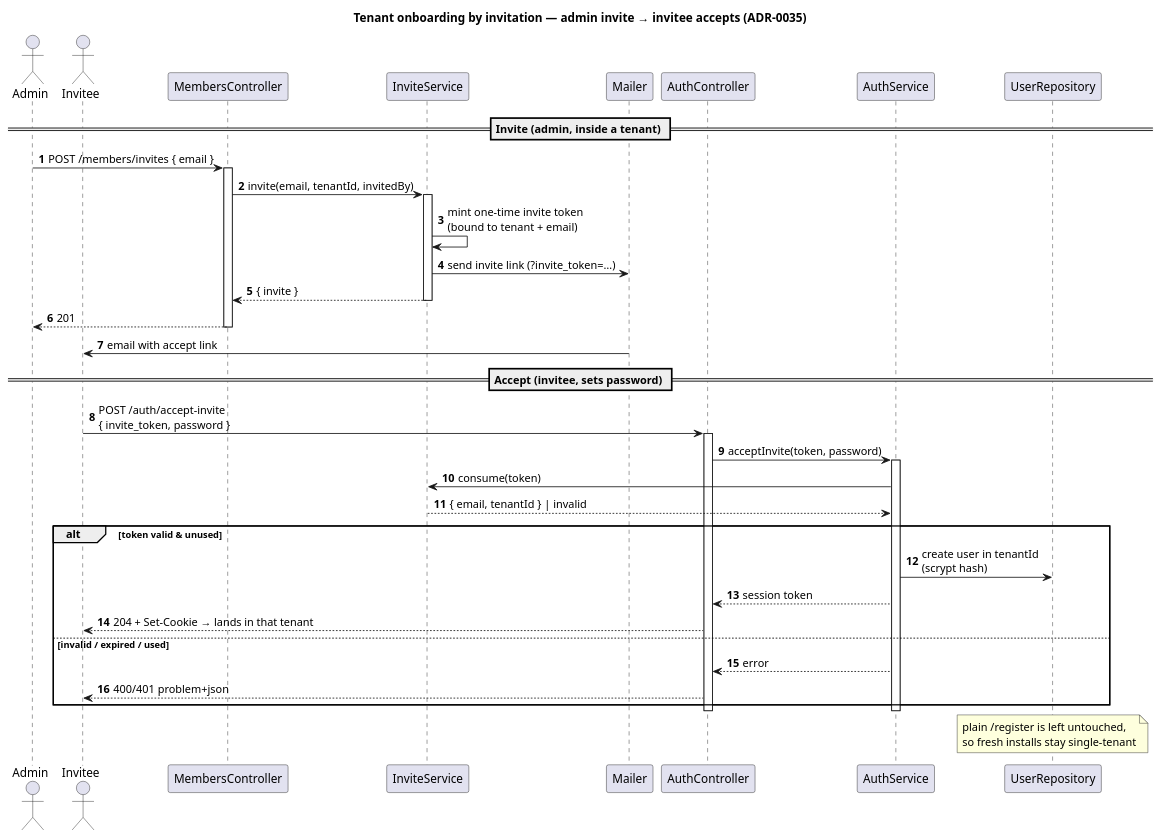
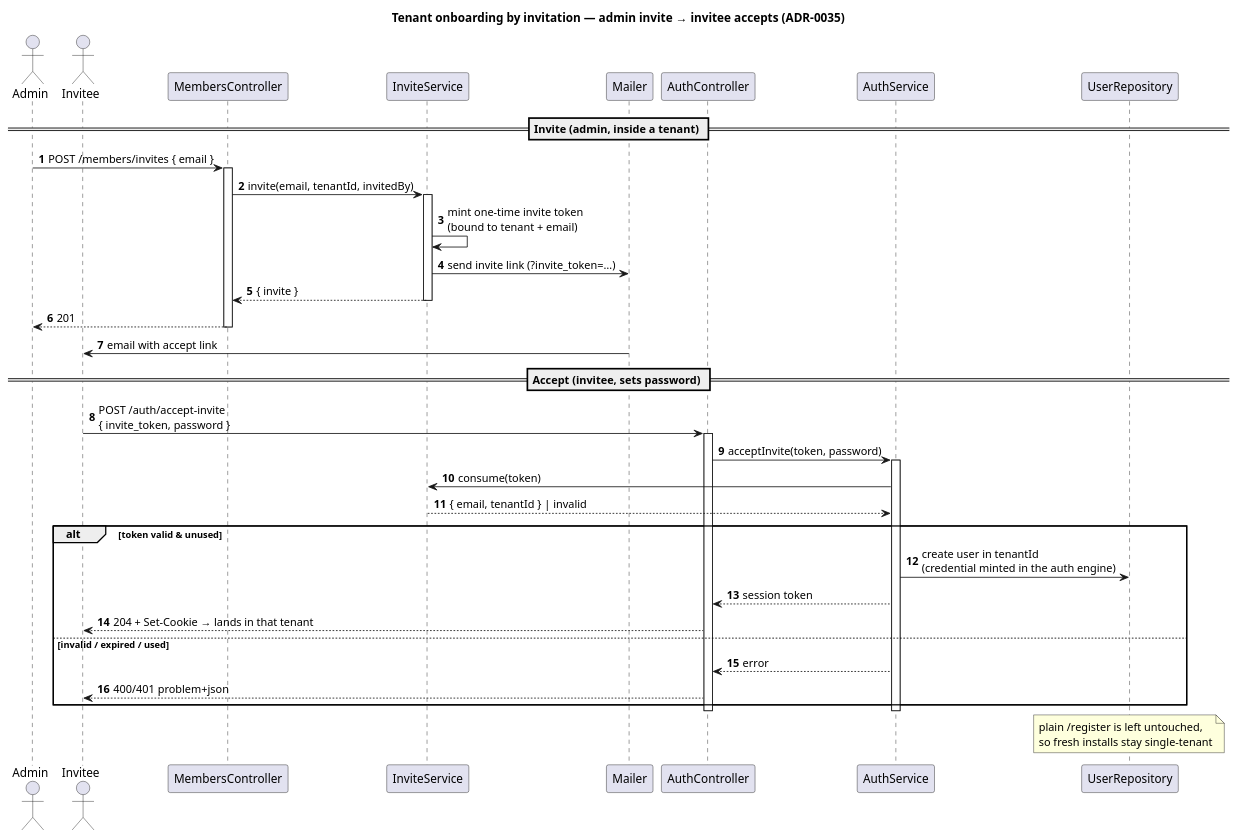
One commit to NexusHero/Resume changed the diagram in docs/umls/06_seq_invite_accept.puml. Above: the diagram before and after it, drawn with PlantUML. The commit also changed 35 other files, not shown here.

First line of the commit message:
refactor(auth): remove the legacy SessionStore + scrypt hasher

```diff
--- a/docs/umls/06_seq_invite_accept.puml
+++ b/docs/umls/06_seq_invite_accept.puml
@@ -1,48 +1,48 @@
 @startuml 06_seq_invite_accept
 title Tenant onboarding by invitation — admin invite → invitee accepts (ADR-0035)
 
 skinparam shadowing false
 autonumber
 
 actor Admin
 actor Invitee
 participant "MembersController" as MCtrl
 participant "InviteService" as Invites
 participant "Mailer" as Mail
 participant "AuthController" as ACtrl
 participant "AuthService" as Auth
 participant "UserRepository" as Users
 
 == Invite (admin, inside a tenant) ==
 Admin -> MCtrl : POST /members/invites { email }
 activate MCtrl
 MCtrl -> Invites : invite(email, tenantId, invitedBy)
 activate Invites
 Invites -> Invites : mint one-time invite token\n(bound to tenant + email)
 Invites -> Mail : send invite link (?invite_token=…)
 Invites --> MCtrl : { invite }
 deactivate Invites
 MCtrl --> Admin : 201
 deactivate MCtrl
 Mail -> Invitee : email with accept link
 
 == Accept (invitee, sets password) ==
 Invitee -> ACtrl : POST /auth/accept-invite\n{ invite_token, password }
 activate ACtrl
 ACtrl -> Auth : acceptInvite(token, password)
 activate Auth
 Auth -> Invites : consume(token)
 Invites --> Auth : { email, tenantId } | invalid
 alt token valid & unused
-  Auth -> Users : create user in tenantId\n(scrypt hash)
+  Auth -> Users : create user in tenantId\n(credential minted in the auth engine)
   Auth --> ACtrl : session token
   ACtrl --> Invitee : 204 + Set-Cookie → lands in that tenant
 else invalid / expired / used
   Auth --> ACtrl : error
   ACtrl --> Invitee : 400/401 problem+json
 end
 deactivate Auth
 deactivate ACtrl
 note over Users : plain /register is left untouched,\nso fresh installs stay single-tenant
 
 @enduml
```
